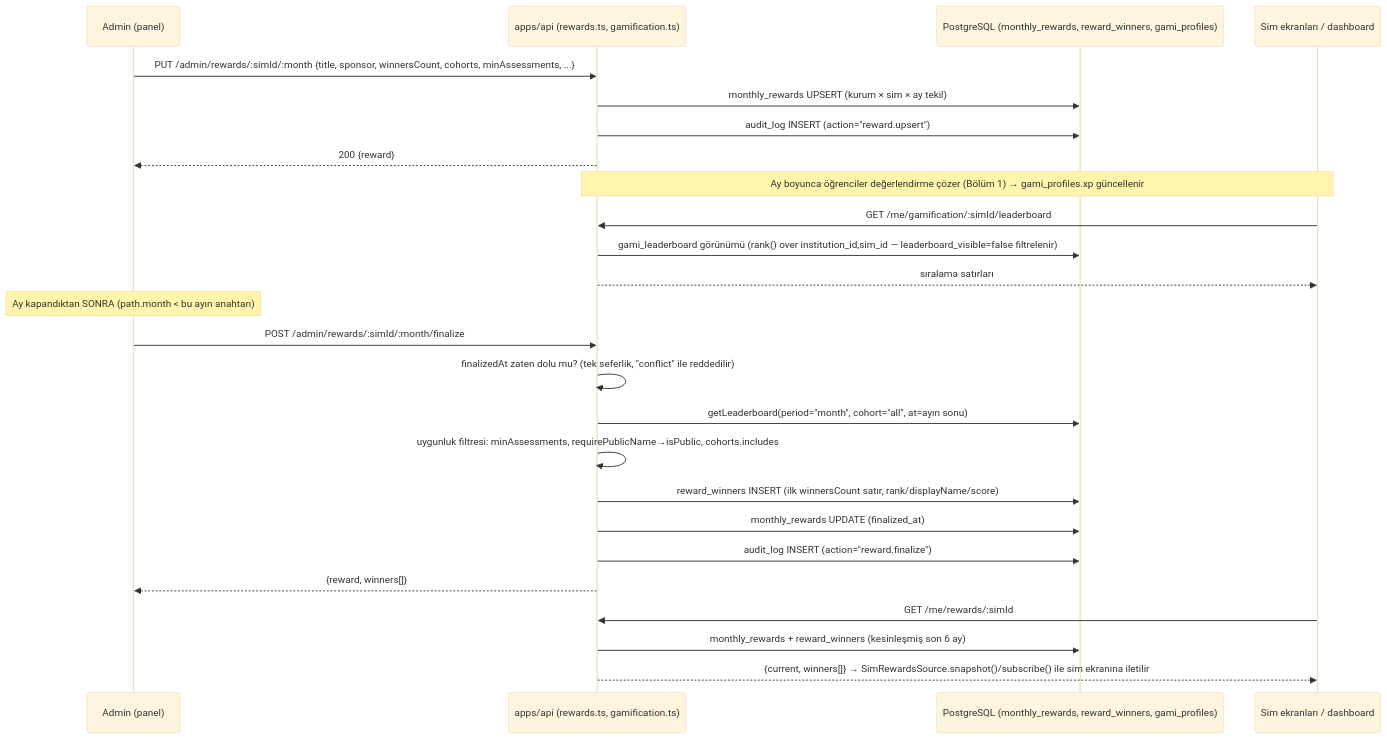
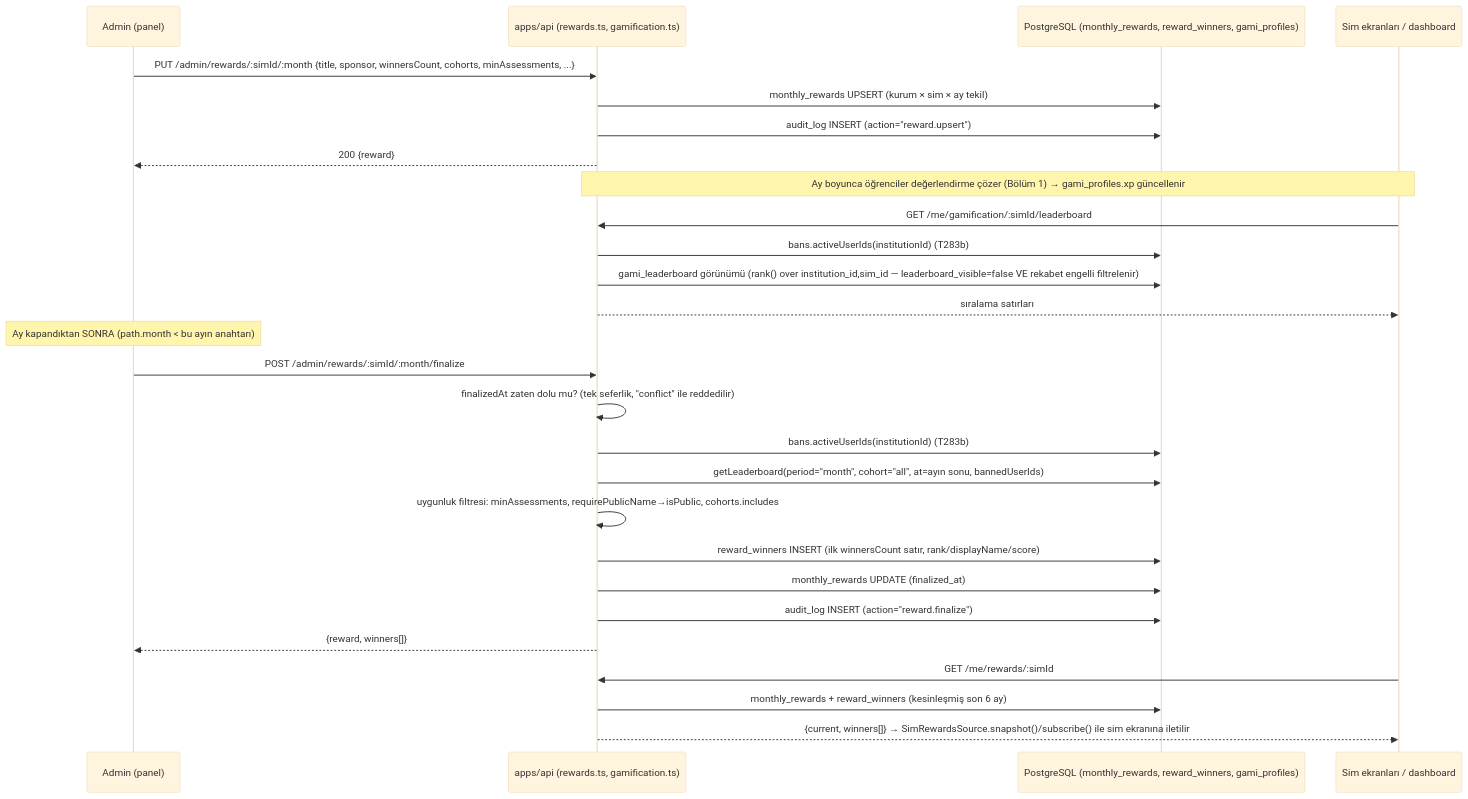
Before and after one commit to ozankaraca10/egemed: the third of 6 diagrams in docs/sema/akislar.md, drawn with Mermaid (base theme). The commit also changed other lines of this file and 19 other files, not shown here.

````diff
--- a/docs/sema/akislar.md
+++ b/docs/sema/akislar.md
@@ -130,31 +137,33 @@
 ```mermaid
 sequenceDiagram
   participant Admin as Admin (panel)
   participant API as apps/api (rewards.ts, gamification.ts)
   participant DB as PostgreSQL (monthly_rewards, reward_winners, gami_profiles)
   participant Sim as Sim ekranları / dashboard
 
   Admin->>API: PUT /admin/rewards/:simId/:month {title, sponsor, winnersCount, cohorts, minAssessments, ...}
   API->>DB: monthly_rewards UPSERT (kurum × sim × ay tekil)
   API->>DB: audit_log INSERT (action="reward.upsert")
   API-->>Admin: 200 {reward}
 
   Note over Sim,API: Ay boyunca öğrenciler değerlendirme çözer (Bölüm 1) → gami_profiles.xp güncellenir
   Sim->>API: GET /me/gamification/:simId/leaderboard
-  API->>DB: gami_leaderboard görünümü (rank() over institution_id,sim_id — leaderboard_visible=false filtrelenir)
+  API->>DB: bans.activeUserIds(institutionId) (T283b)
+  API->>DB: gami_leaderboard görünümü (rank() over institution_id,sim_id — leaderboard_visible=false VE rekabet engelli filtrelenir)
   API-->>Sim: sıralama satırları
 
   Note over Admin: Ay kapandıktan SONRA (path.month < bu ayın anahtarı)
   Admin->>API: POST /admin/rewards/:simId/:month/finalize
   API->>API: finalizedAt zaten dolu mu? (tek seferlik, "conflict" ile reddedilir)
-  API->>DB: getLeaderboard(period="month", cohort="all", at=ayın sonu)
+  API->>DB: bans.activeUserIds(institutionId) (T283b)
+  API->>DB: getLeaderboard(period="month", cohort="all", at=ayın sonu, bannedUserIds)
   API->>API: uygunluk filtresi: minAssessments, requirePublicName→isPublic, cohorts.includes
   API->>DB: reward_winners INSERT (ilk winnersCount satır, rank/displayName/score)
   API->>DB: monthly_rewards UPDATE (finalized_at)
   API->>DB: audit_log INSERT (action="reward.finalize")
   API-->>Admin: {reward, winners[]}
 
   Sim->>API: GET /me/rewards/:simId
   API->>DB: monthly_rewards + reward_winners (kesinleşmiş son 6 ay)
   API-->>Sim: {current, winners[]} → SimRewardsSource.snapshot()/subscribe() ile sim ekranına iletilir
 ```
````
